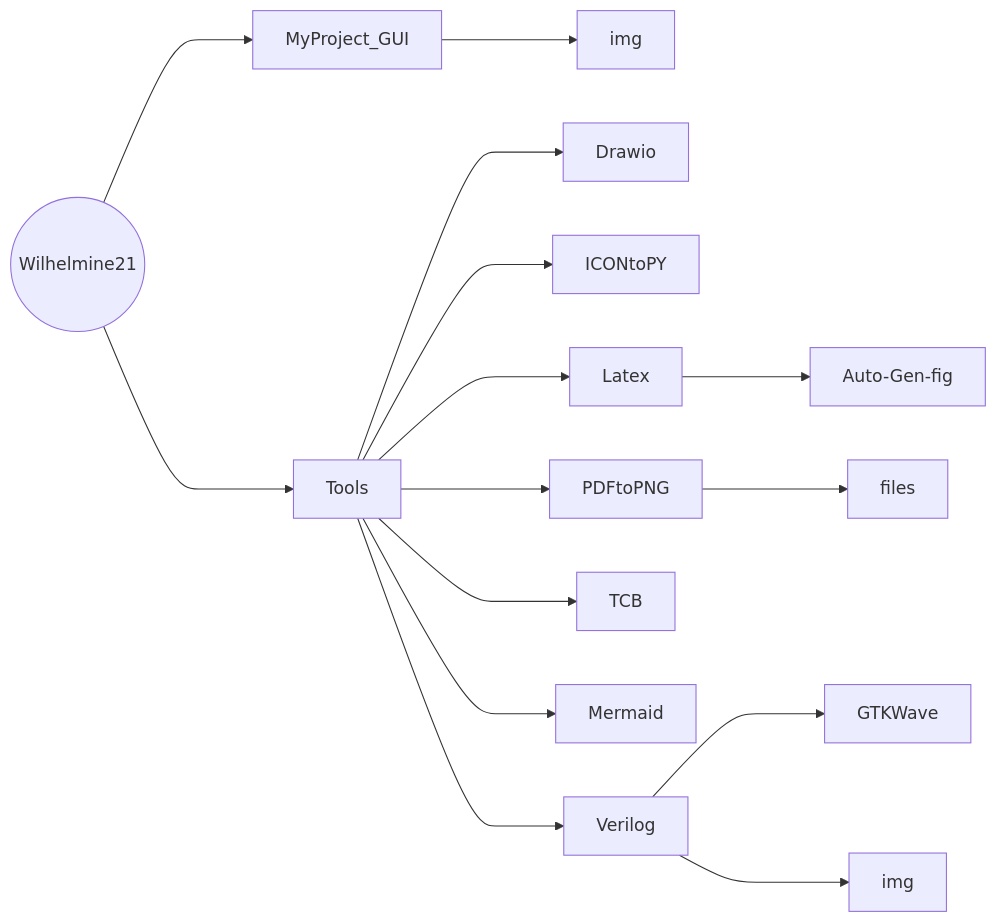
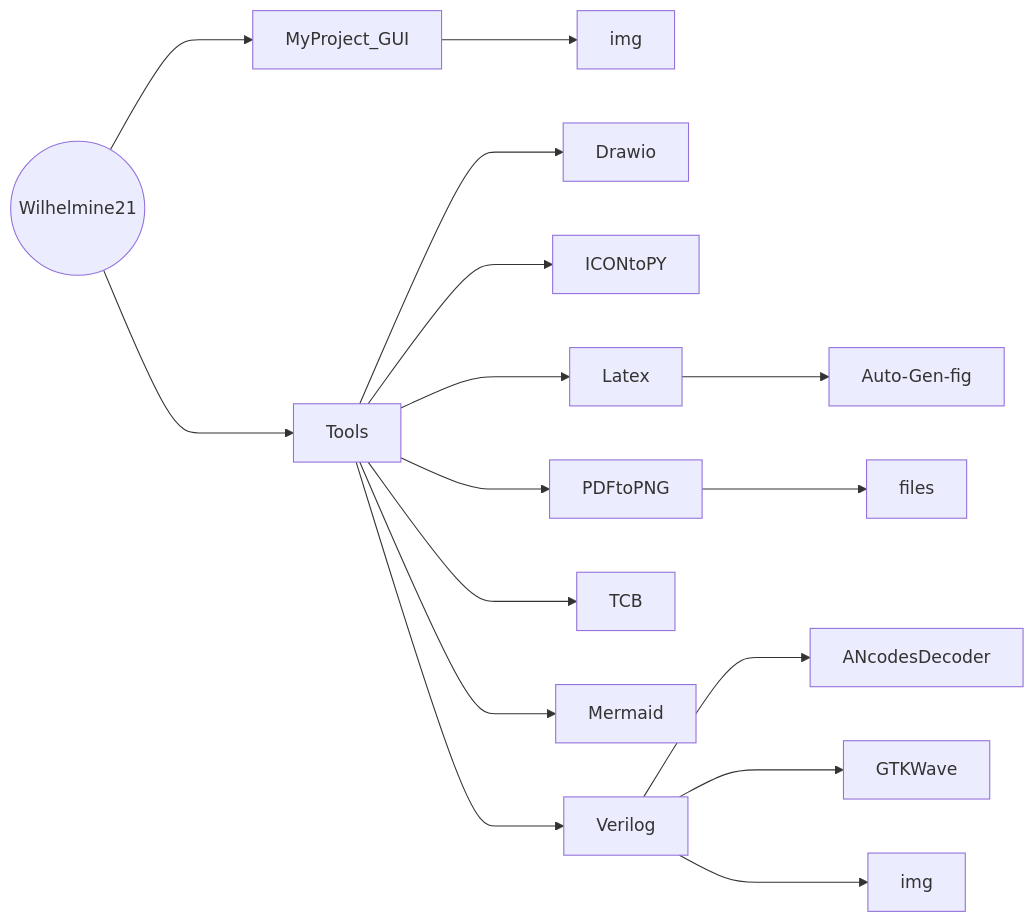
One commit to Wilhelmine21/Wilhelmine21 changed the diagram in README.md. Above: the diagram before and after it, drawn with Mermaid.

Commit message:
update fig

````diff
--- a/README.md
+++ b/README.md
@@ -7,20 +7,21 @@
 ```mermaid
 graph LR;
 Wilhelmine21((Wilhelmine21)) ---> MyProject_GUI
 Wilhelmine21((Wilhelmine21)) ---> Tools
 
 MyProject_GUI ---> GUIImg[img]
 
 Tools ---> Drawio
 Tools ---> ICONtoPY
 Tools ---> Latex
 Tools ---> PDFtoPNG
 Tools ---> TCB
 Tools ---> Mermaid
 Tools ---> Verilog
 
 PDFtoPNG ---> files
 Latex ---> Auto-Gen-fig
+Verilog ---> ANcodesDecoder
 Verilog ---> GTKWave
 Verilog ---> VerilogImg[img]
 ```
````
